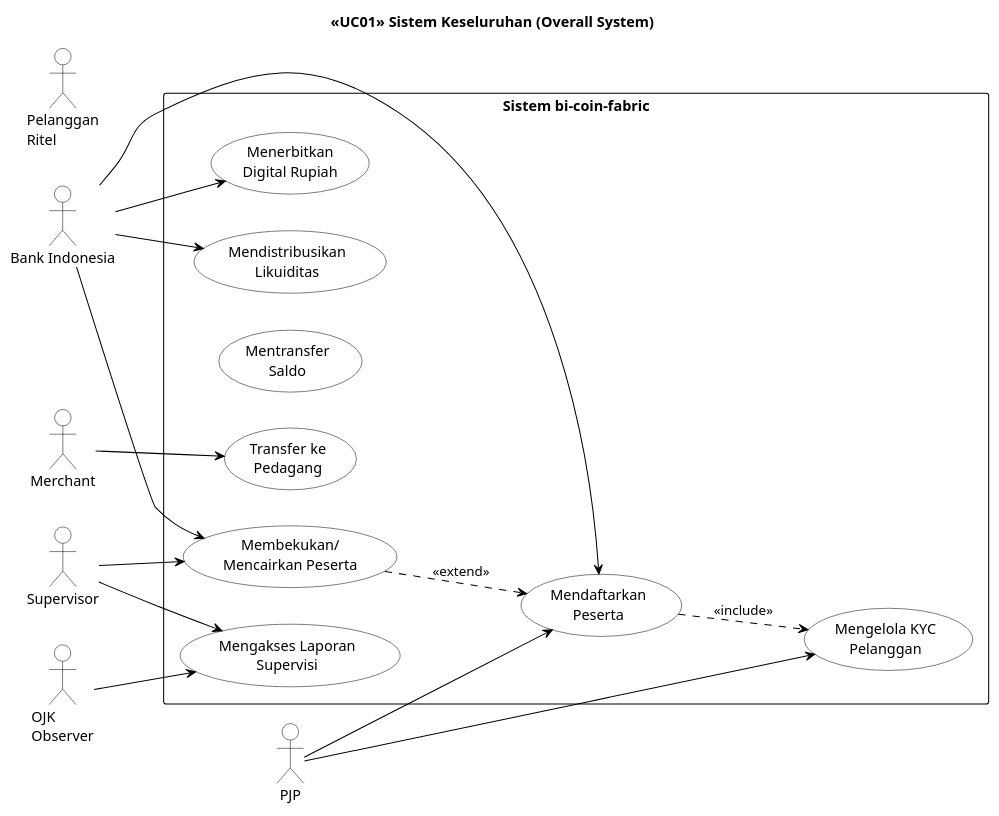
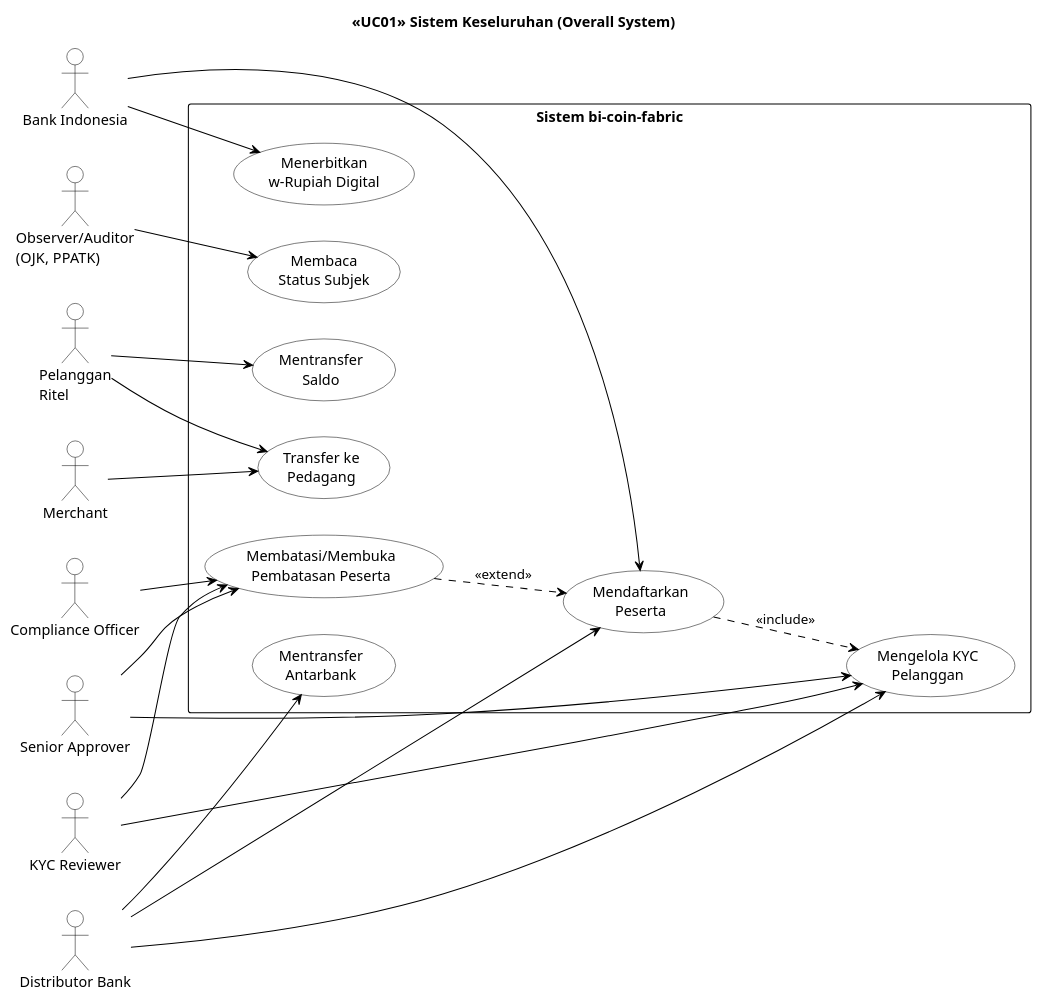
One commit to mfachrizalg/bi-coin changed the first of 3 diagrams in bi-coin-fabric/docs/diagrams/plantuml/use-case-diagrams.puml. Above: the diagram before and after it, drawn with PlantUML. The commit also changed other lines of this file and 364 other files, not shown here.

```diff
--- a/bi-coin-fabric/docs/diagrams/plantuml/use-case-diagrams.puml
+++ b/bi-coin-fabric/docs/diagrams/plantuml/use-case-diagrams.puml
@@ -1,48 +1,54 @@
 @startuml
 skinparam monochrome true
 left to right direction
 skinparam packageBorderColor black
 skinparam packageBackgroundColor none
 skinparam usecaseBorderColor black
 skinparam usecaseBackgroundColor white
 skinparam actorBorderColor black
 skinparam actorBackgroundColor white
 skinparam arrowColor black
 
 title <<UC01>> Sistem Keseluruhan (Overall System)
 
 left to right direction
 
 actor "Bank Indonesia" as BI
-actor "PJP" as PJP
+actor "Distributor Bank" as DB
 actor "Merchant" as M
 actor "Pelanggan\nRitel" as PR
-actor "Supervisor" as SV
-actor "OJK\nObserver" as OJK
+actor "Observer/Auditor\n(OJK, PPATK)" as OBS
+actor "KYC Reviewer" as KYC
+actor "Senior Approver" as SA
+actor "Compliance Officer" as CO
 
 rectangle "Sistem bi-coin-fabric" {
   usecase "Mendaftarkan\nPeserta" as UC1
-  usecase "Menerbitkan\nDigital Rupiah" as UC2
-  usecase "Mendistribusikan\nLikuiditas" as UC3
+  usecase "Menerbitkan\nw-Rupiah Digital" as UC2
+  usecase "Mentransfer\nAntarbank" as UC3
   usecase "Mengelola KYC\nPelanggan" as UC4
   usecase "Mentransfer\nSaldo" as UC5
   usecase "Transfer ke\nPedagang" as UC6
-  usecase "Membekukan/\nMencairkan Peserta" as UC8
-  usecase "Mengakses Laporan\nSupervisi" as UC10
+  usecase "Membatasi/Membuka\nPembatasan Peserta" as UC8
+  usecase "Membaca\nStatus Subjek" as UC10
 }
 
 BI --> UC1
 BI --> UC2
-BI --> UC8
-BI --> UC3
-PJP --> UC1
-PJP --> UC4
+DB --> UC3
+DB --> UC1
+DB --> UC4
 M --> UC6
-SV --> UC8
-SV --> UC10
-OJK --> UC10
+PR --> UC5
+PR --> UC6
+OBS --> UC10
+KYC --> UC4
+SA --> UC4
+KYC --> UC8
+SA --> UC8
+CO --> UC8
 
 UC1 ..> UC4 : <<include>>
 UC8 ..> UC1 : <<extend>>
 
 @enduml
```
